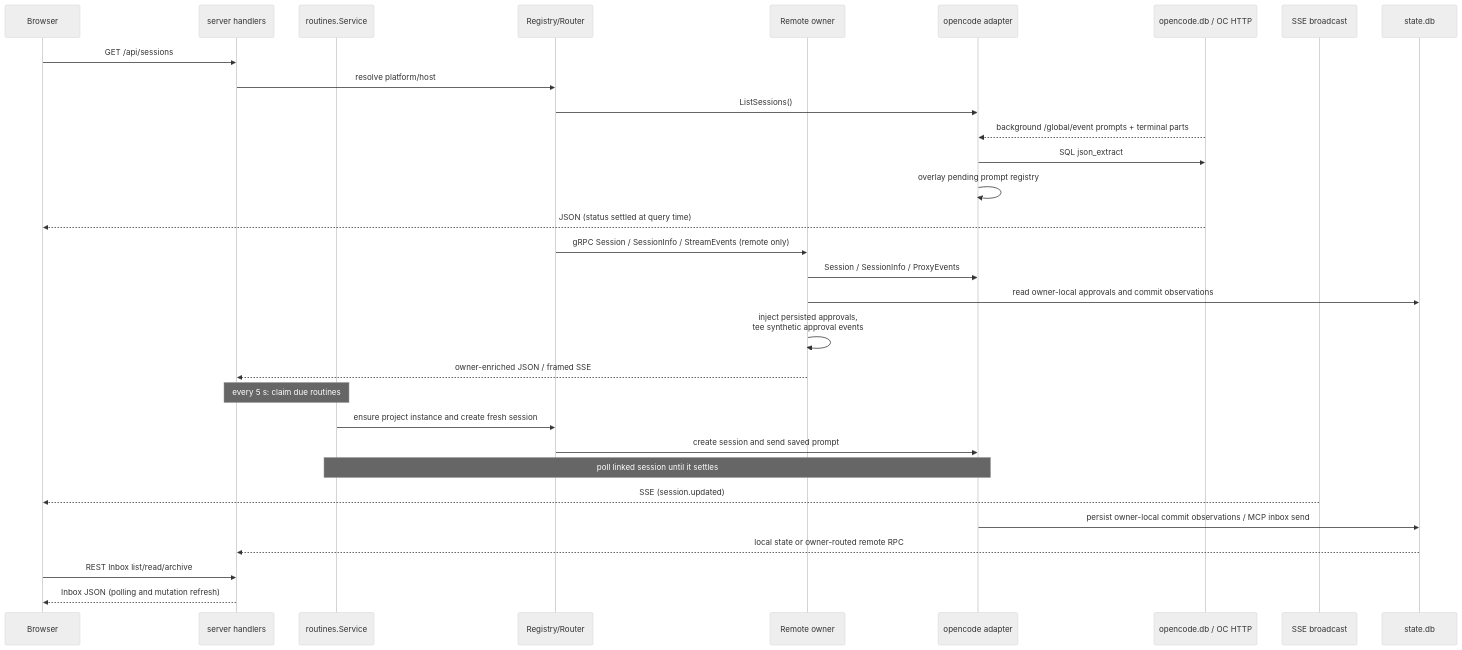
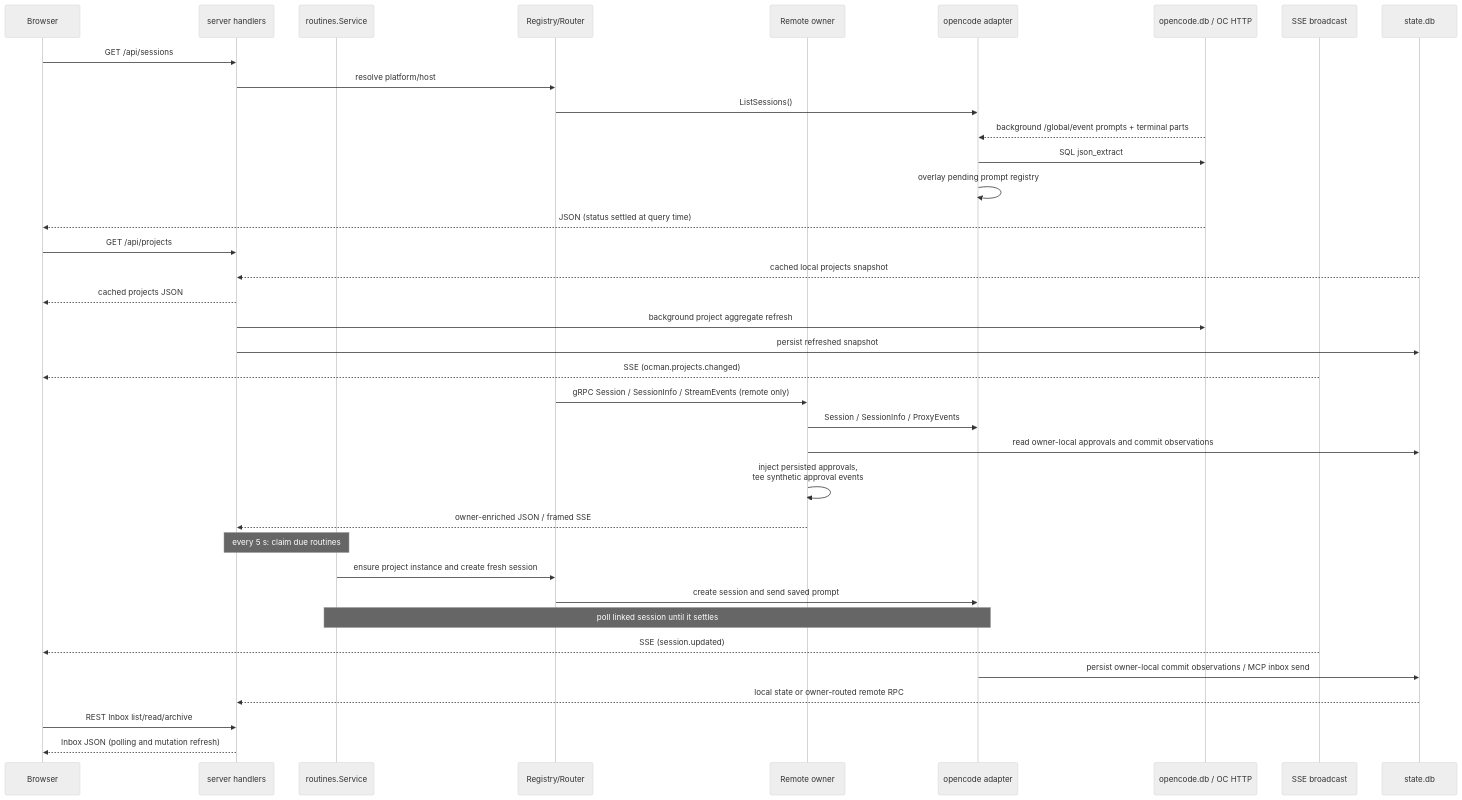
Before and after one commit to ocman/ocman: the fourth of 5 diagrams in docs/other/architecture.md, drawn with Mermaid (neutral theme). The commit also changed other lines of this file and 12 other files, not shown here.

````diff
--- a/docs/other/architecture.md
+++ b/docs/other/architecture.md
@@ -212,34 +212,40 @@
 ```mermaid
 sequenceDiagram
     participant B as Browser
     participant S as server handlers
     participant Q as routines.Service
     participant R as Registry/Router
     participant O as Remote owner
     participant A as opencode adapter
     participant D as opencode.db / OC HTTP
     participant E as SSE broadcast
     participant I as state.db
 
     B->>S: GET /api/sessions
     S->>R: resolve platform/host
     R->>A: ListSessions()
     D-->>A: background /global/event prompts + terminal parts
     A->>D: SQL json_extract
     A->>A: overlay pending prompt registry
     D-->>B: JSON (status settled at query time)
+    B->>S: GET /api/projects
+    I-->>S: cached local projects snapshot
+    S-->>B: cached projects JSON
+    S->>D: background project aggregate refresh
+    S->>I: persist refreshed snapshot
+    E-->>B: SSE (ocman.projects.changed)
     R->>O: gRPC Session / SessionInfo / StreamEvents (remote only)
     O->>A: Session / SessionInfo / ProxyEvents
     O->>I: read owner-local approvals and commit observations
     O->>O: inject persisted approvals,<br/>tee synthetic approval events
     O-->>S: owner-enriched JSON / framed SSE
     Note over S,Q: every 5 s: claim due routines
     Q->>R: ensure project instance and create fresh session
     R->>A: create session and send saved prompt
     Note over Q,A: poll linked session until it settles
     E-->>B: SSE (session.updated)
     A->>I: persist owner-local commit observations / MCP inbox send
     I-->>S: local state or owner-routed remote RPC
     B->>S: REST Inbox list/read/archive
     S-->>B: Inbox JSON (polling and mutation refresh)
 ```
````
